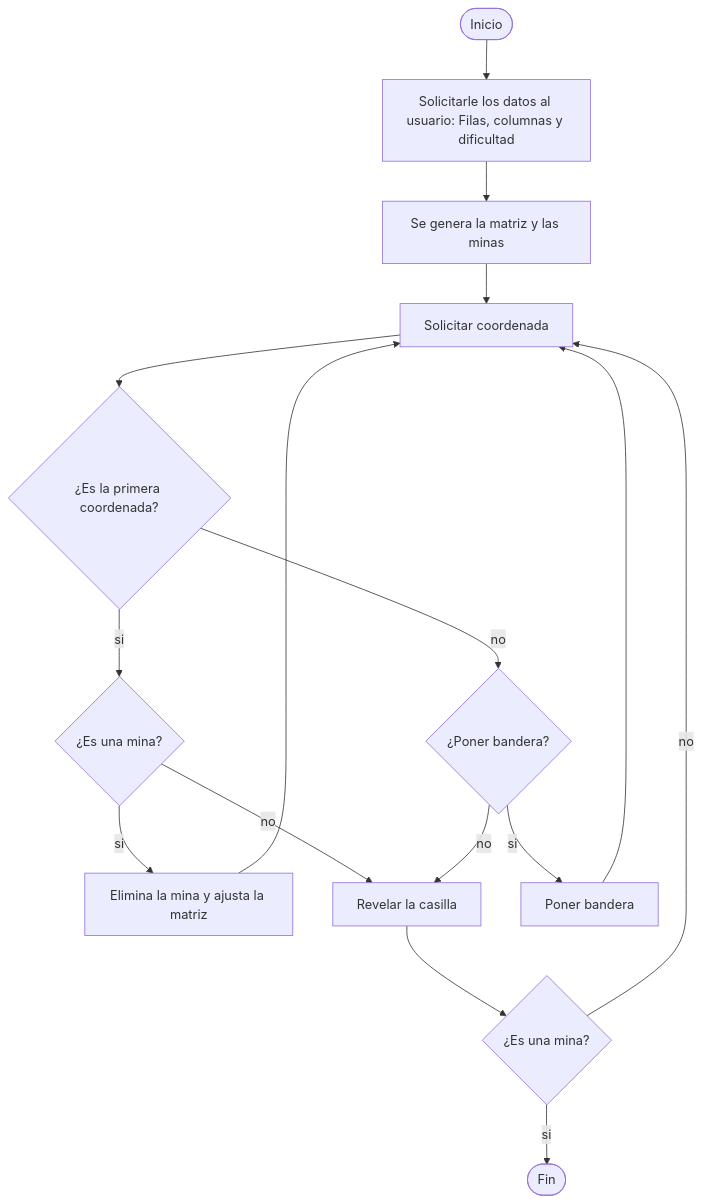
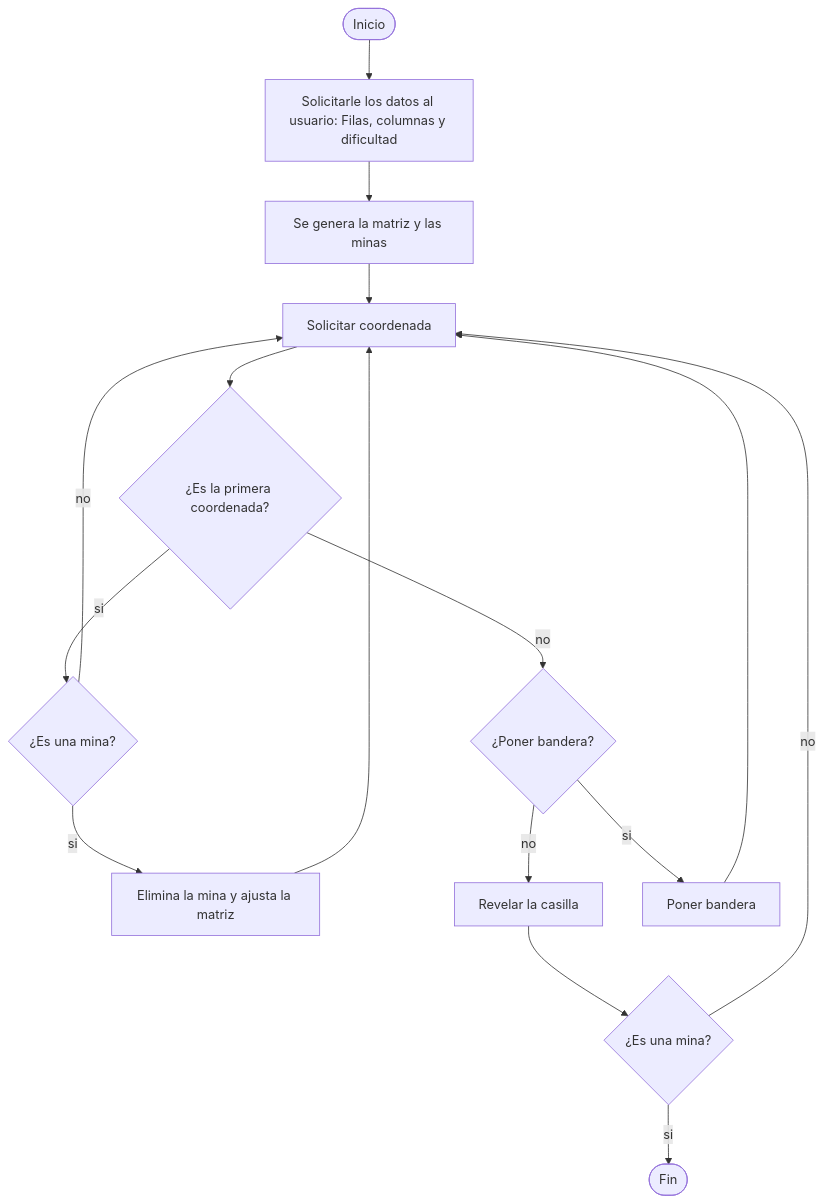
The diagram in README.md (samuelsabio06/Buscaminas_Proyecto_Final), drawn with Mermaid before and after one commit.

Commit message:
Small correct on flux diagram

````diff
--- a/README.md
+++ b/README.md
@@ -8,23 +8,22 @@
 ```mermaid
 
 flowchart TD
   A([Inicio]) --> B[Solicitarle los datos al usuario: Filas, columnas y dificultad]
   B--> C[Se genera la matriz y las minas]
   C--> D[Solicitar coordenada]
   D--> E{¿Es la primera coordenada?}
   E--> |si|F{¿Es una mina?}
   F--> |si|G[Elimina la mina y ajusta la matriz]
   
   E--> |no|H{¿Poner bandera?}
   
   G--> D 
-  F--> |no|I[Revelar la casilla]
+  F--> |no|D
   
-  H--> |no|I
+  H--> |no|I[Revelar la casilla]
   H--> |si|J[Poner bandera]
   J--> D
   I--> L{¿Es una mina?} 
   L--> |si|O([Fin])
   L--> |no|D
-
 ```
````
